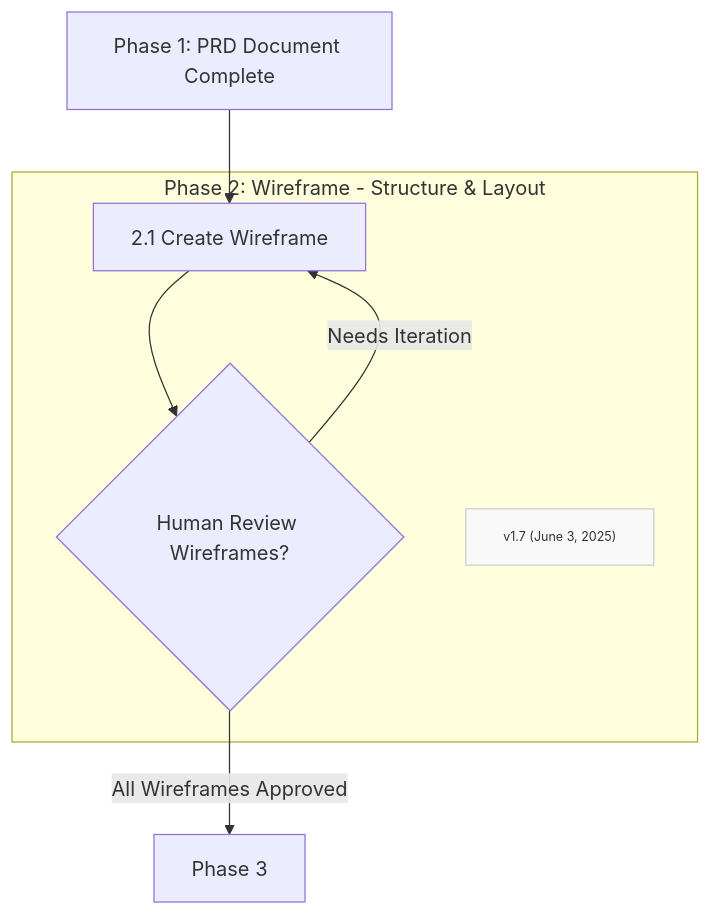
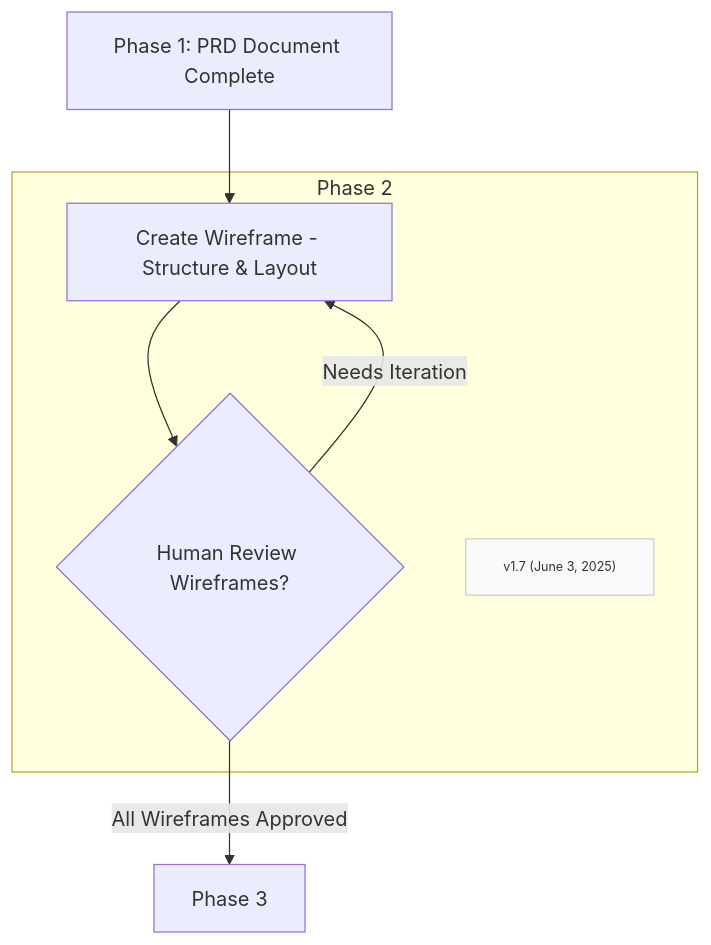
The diagram in Phases/FF-phase2.md (Mharbulous/Front-First-Method), drawn with Mermaid before and after one commit. The commit also changed 3 other files, not shown here.

````diff
--- a/Phases/FF-phase2.md
+++ b/Phases/FF-phase2.md
@@ -3,15 +3,15 @@
 ```mermaid
 graph TD
     
-    B1["Phase 1: PRD Document Complete"] --> B2["2.1 Create Wireframe"]    
-    subgraph Phase2["Phase 2: Wireframe - Structure & Layout"]
+    B1["Phase 1: PRD Document Complete"] --> B2["Create Wireframe - Structure & Layout"]    
+    subgraph Phase2["Phase 2"]
         B2 --> B2_Val{"Human Review Wireframes?"}
         B2_Val -->|Needs Iteration| B2
         Version["v1.7 (June 3, 2025)"]
         classDef version fill:#f9f9f9,stroke:#ccc,font-size:10px
         class Version version
     end
 B2_Val -->|All Wireframes Approved| B3["Phase 3"]
 
 
 ```
````
